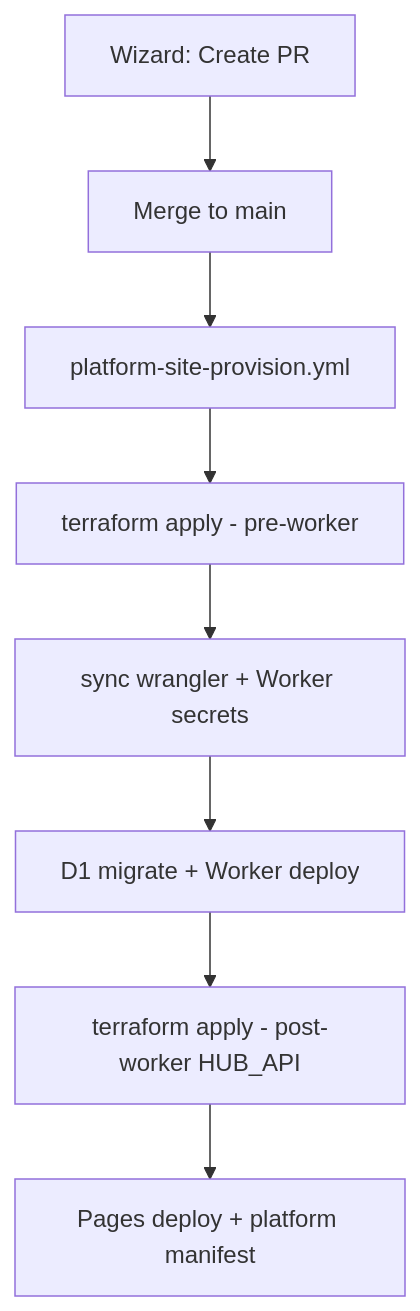
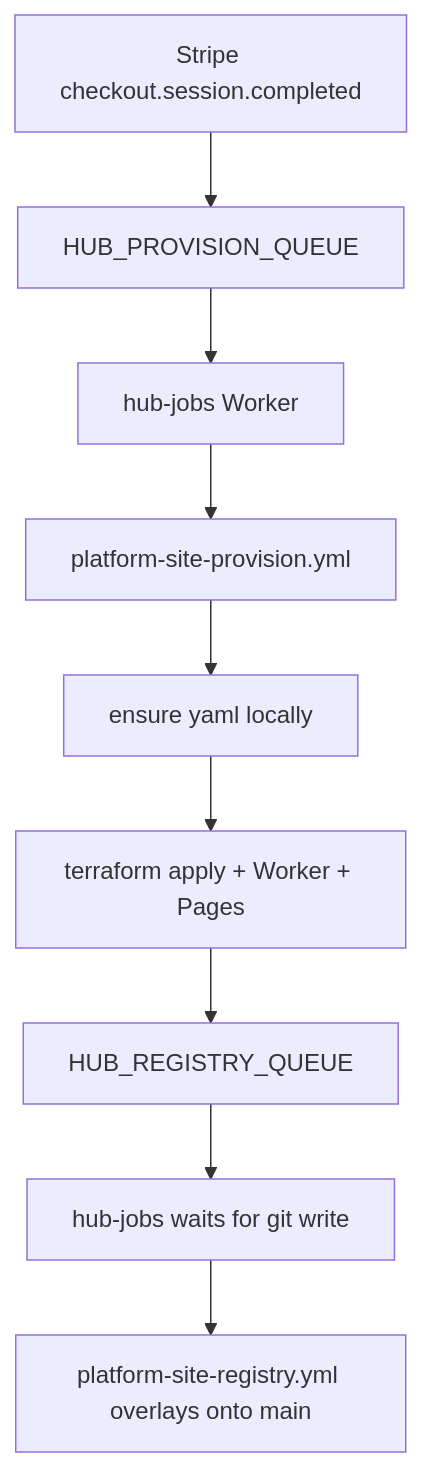
The first of 2 diagrams in docs/platform-provision.md (marklovely/home-dashboard), drawn with Mermaid before and after one commit. The commit also changed other lines of this file and 35 other files, not shown here.

````diff
--- a/docs/platform-provision.md
+++ b/docs/platform-provision.md
@@ -7,10 +7,11 @@
 ```mermaid
 flowchart TD
-  A[Wizard: Create PR] --> B[Merge to main]
-  B --> C[platform-site-provision.yml]
-  C --> D[terraform apply - pre-worker]
-  D --> E[sync wrangler + Worker secrets]
-  E --> F[D1 migrate + Worker deploy]
-  F --> G[terraform apply - post-worker HUB_API]
-  G --> H[Pages deploy + platform manifest]
+  A[Stripe checkout.session.completed] --> B[HUB_PROVISION_QUEUE]
+  B --> C[hub-jobs Worker]
+  C --> D[platform-site-provision.yml]
+  D --> E[ensure yaml locally]
+  E --> F[terraform apply + Worker + Pages]
+  F --> G[HUB_REGISTRY_QUEUE]
+  G --> H[hub-jobs waits for git write]
+  H --> I[platform-site-registry.yml overlays onto main]
 ```
````
